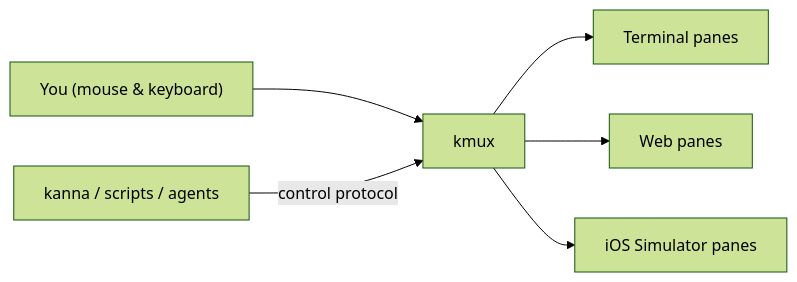
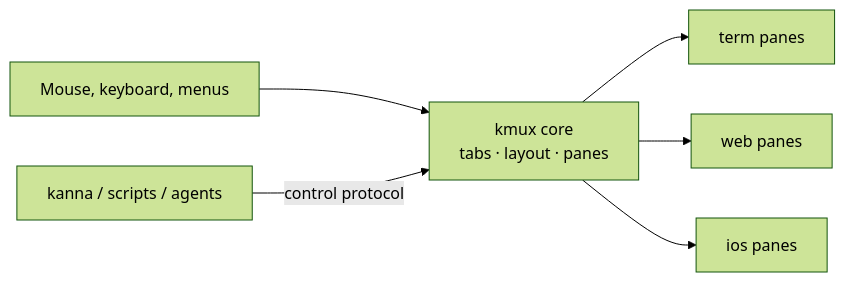
The first of 3 diagrams in docs/kmux-spec.md (tampopogk/kmux), drawn with Mermaid (forest theme) before and after one commit. The commit also changed other lines of this file, not shown here.

First line of the commit message:
Rewrite kmux spec from the reference model

````diff
--- a/docs/kmux-spec.md
+++ b/docs/kmux-spec.md
@@ -35,8 +30,8 @@
 ```mermaid
 flowchart LR
-    H["You (mouse & keyboard)"] --> KMUX["kmux"]
-    C["kanna / scripts / agents"] -->|"control protocol"| KMUX
-    KMUX --> T["Terminal panes"]
-    KMUX --> W["Web panes"]
-    KMUX --> I["iOS Simulator panes"]
+    H["Mouse, keyboard, menus"] --> CORE["kmux core<br/>tabs · layout · panes"]
+    C["kanna / scripts / agents"] -->|"control protocol"| CORE
+    CORE --> T["term panes"]
+    CORE --> W["web panes"]
+    CORE --> I["ios panes"]
 ```
````
